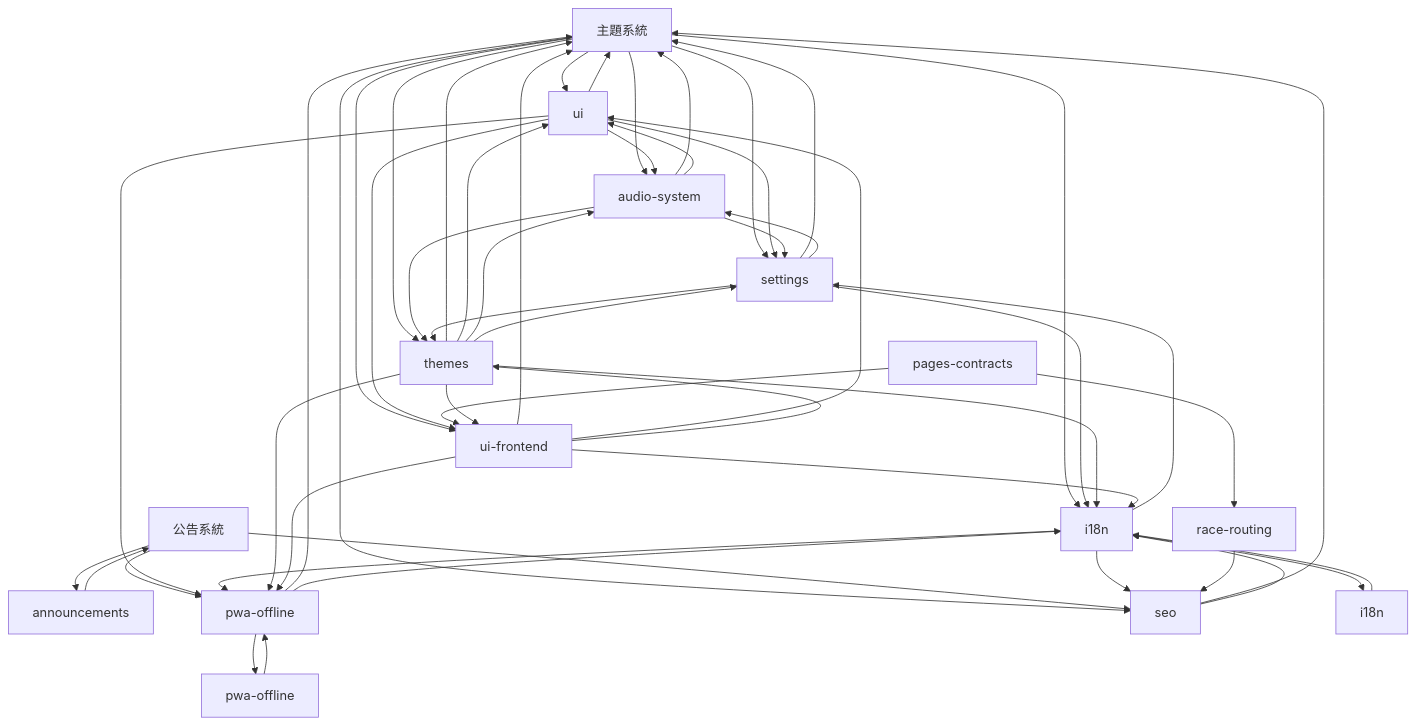
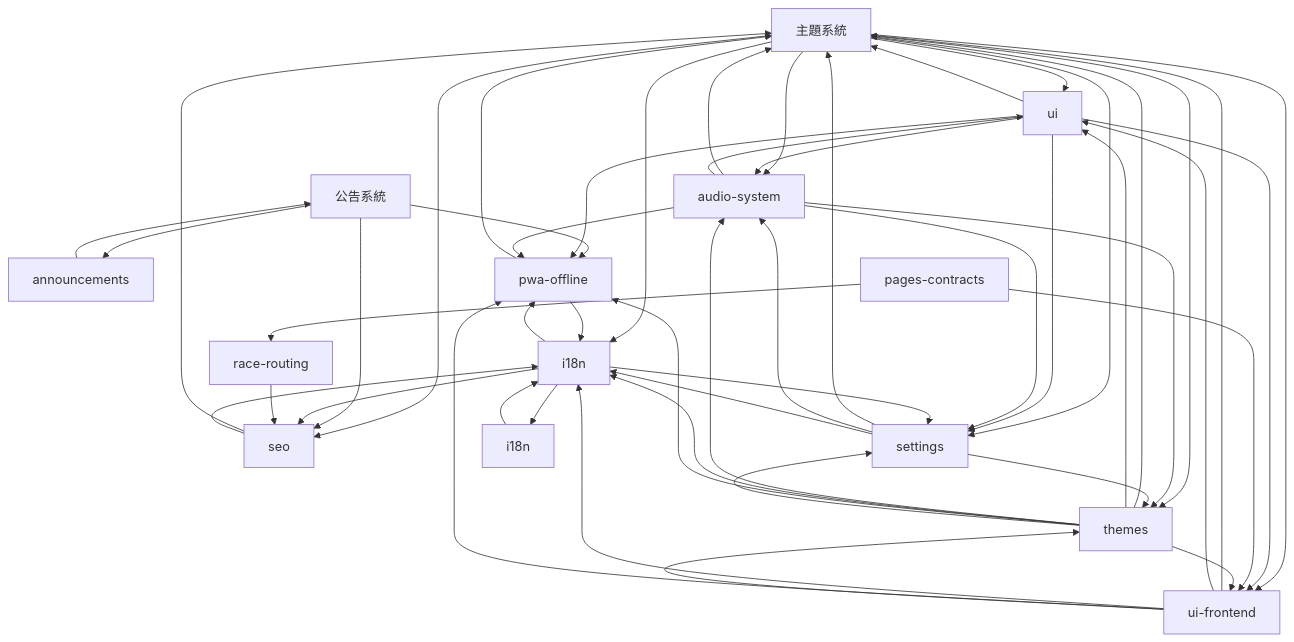
Before and after one commit to xjustloveux/open-4wd-specs: diagram 14 of 17 in docs-map.md, drawn with Mermaid. The commit also changed other lines of this file and 54 other files, not shown here.

````diff
--- a/docs-map.md
+++ b/docs-map.md
@@ -785,68 +788,66 @@
 ```mermaid
 flowchart TB
   n0["主題系統"]
   n1["公告系統"]
   n2["ui"]
   n3["announcements"]
   n4["audio-system"]
   n5["i18n"]
   n6["pages-contracts"]
   n7["pwa-offline"]
   n8["race-routing"]
   n9["seo"]
   n10["settings"]
   n11["themes"]
   n12["ui-frontend"]
   n13["i18n"]
-  n14["pwa-offline"]
   n0 --> n2
   n0 --> n4
   n0 --> n5
   n0 --> n9
   n0 --> n10
   n0 --> n11
   n0 --> n12
   n1 --> n3
   n1 --> n7
   n1 --> n9
   n2 --> n0
   n2 --> n4
   n2 --> n7
   n2 --> n10
   n2 --> n12
   n3 --> n1
   n4 --> n0
   n4 --> n2
+  n4 --> n7
   n4 --> n10
   n4 --> n11
   n5 --> n7
   n5 --> n9
   n5 --> n10
   n5 --> n13
   n6 --> n8
   n6 --> n12
   n7 --> n0
   n7 --> n5
-  n7 --> n14
   n8 --> n9
   n9 --> n0
   n9 --> n5
   n10 --> n0
   n10 --> n4
   n10 --> n5
   n10 --> n11
   n11 --> n0
   n11 --> n2
   n11 --> n4
   n11 --> n5
   n11 --> n7
   n11 --> n10
   n11 --> n12
   n12 --> n0
   n12 --> n2
   n12 --> n5
   n12 --> n7
   n12 --> n11
   n13 --> n5
-  n14 --> n7
 ```
````
